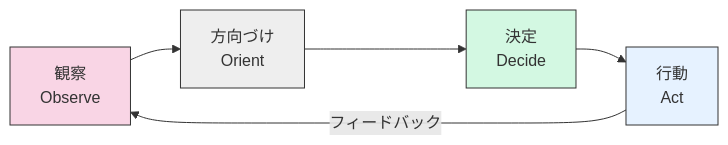
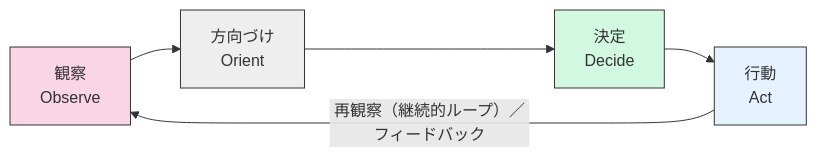
The first of 3 diagrams in docs/basics/ooda-loop.md (shuji-bonji/Situational-Awareness-and-Decision-Making), drawn with Mermaid before and after one commit. The commit also changed other lines of this file and 4 other files, not shown here.

````diff
--- a/docs/basics/ooda-loop.md
+++ b/docs/basics/ooda-loop.md
@@ -16,12 +19,12 @@
 ```mermaid
 graph LR
     A[観察<br>Observe] --> B[方向づけ<br>Orient]
     B --> C[決定<br>Decide]
     C --> D[行動<br>Act]
-    D -->|フィードバック| A
+    D -->|再観察（継続的ループ）／フィードバック| A
     
     style A fill:#f9d5e5,stroke:#333
     style B fill:#eeeeee,stroke:#333
     style C fill:#d3f8e2,stroke:#333
     style D fill:#e6f2ff,stroke:#333
 ```
````
